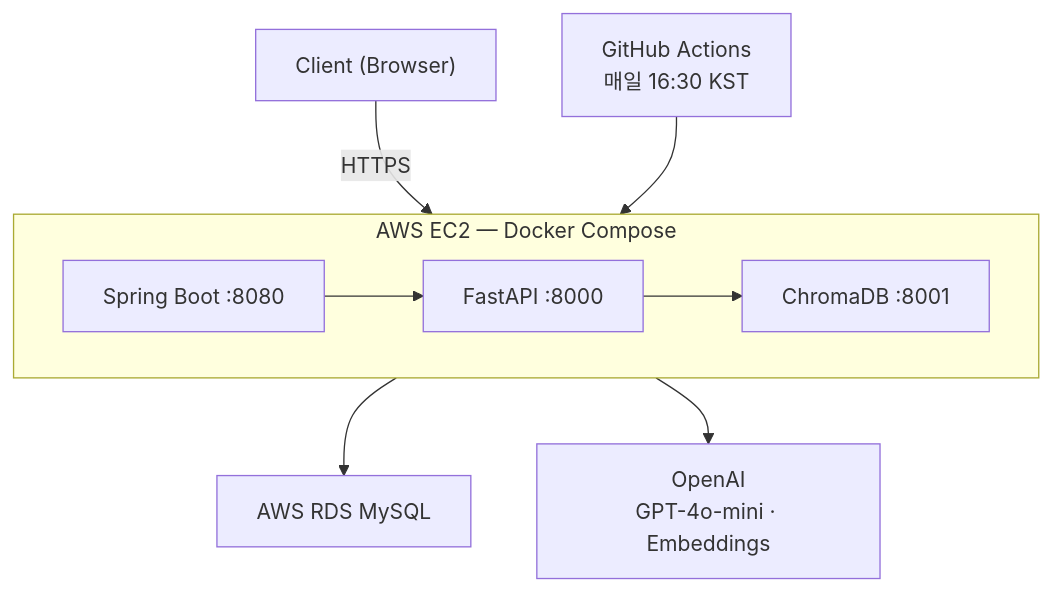
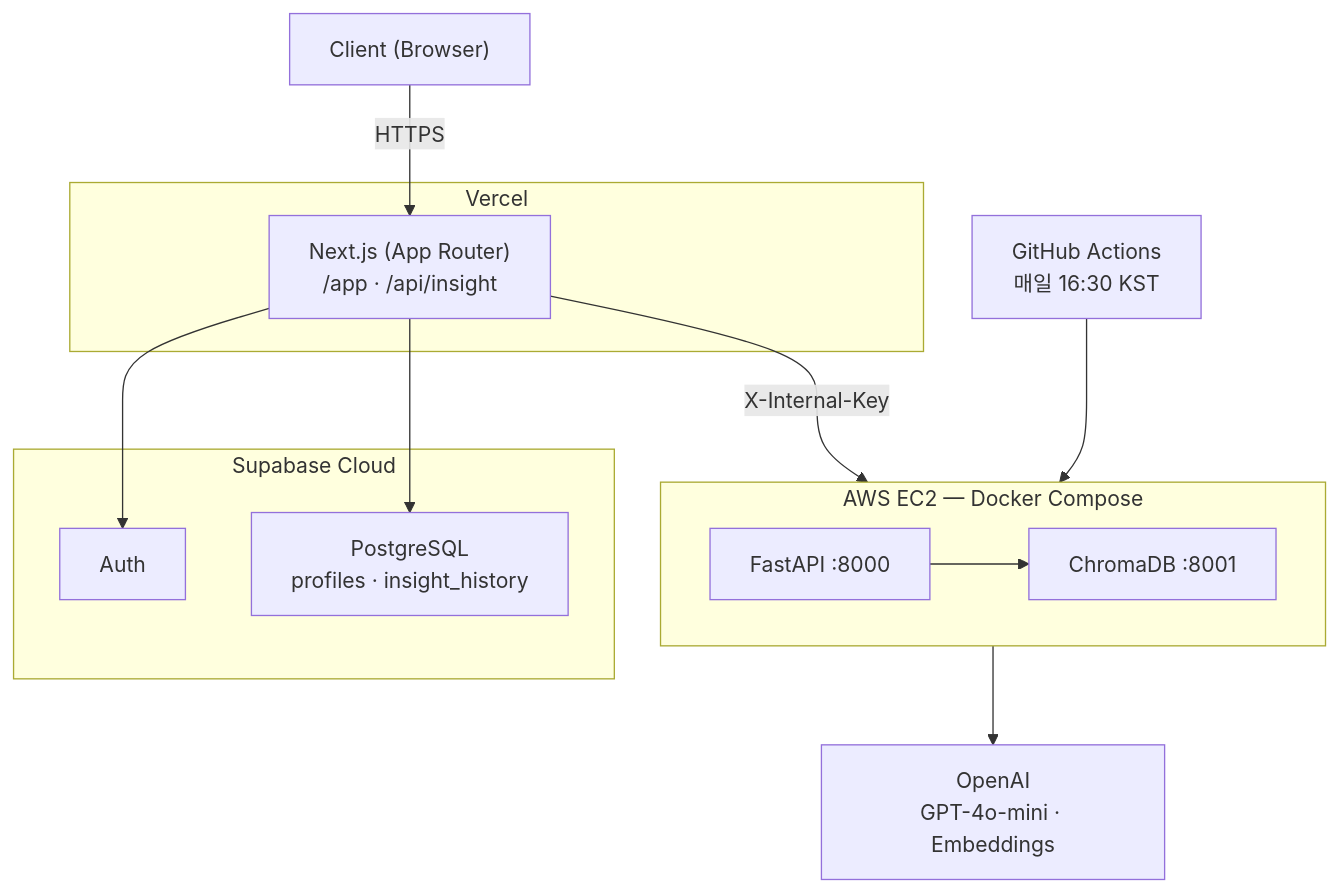
The diagram in README.md (sammy0329/finsight-ai-agent), drawn with Mermaid before and after one commit. The commit also changed other lines of this file and 4 other files, not shown here.

First line of the commit message:
docs: Spring Boot → Next.js + Supabase 아키텍처 전환 반영

````diff
--- a/README.md
+++ b/README.md
@@ -11,22 +11,30 @@
 ```mermaid
 flowchart TD
     Client["Client (Browser)"]
 
+    subgraph Vercel["Vercel"]
+        NX["Next.js (App Router)\n/app · /api/insight"]
+    end
+
+    subgraph Supabase["Supabase Cloud"]
+        SA["Auth"]
+        SDB["PostgreSQL\nprofiles · insight_history"]
+    end
+
     subgraph EC2["AWS EC2 — Docker Compose"]
         direction LR
-        SB["Spring Boot :8080"]
         FA["FastAPI :8000"]
         Chroma["ChromaDB :8001"]
     end
 
-    RDS["AWS RDS MySQL"]
     GHA["GitHub Actions\n매일 16:30 KST"]
     OpenAI["OpenAI\nGPT-4o-mini · Embeddings"]
 
-    Client -->|HTTPS| SB
-    SB --> FA
+    Client -->|HTTPS| NX
+    NX --> SA
+    NX --> SDB
+    NX -->|X-Internal-Key| FA
     FA --> Chroma
-    SB --> RDS
     GHA --> Chroma
     FA --> OpenAI
 ```
````
